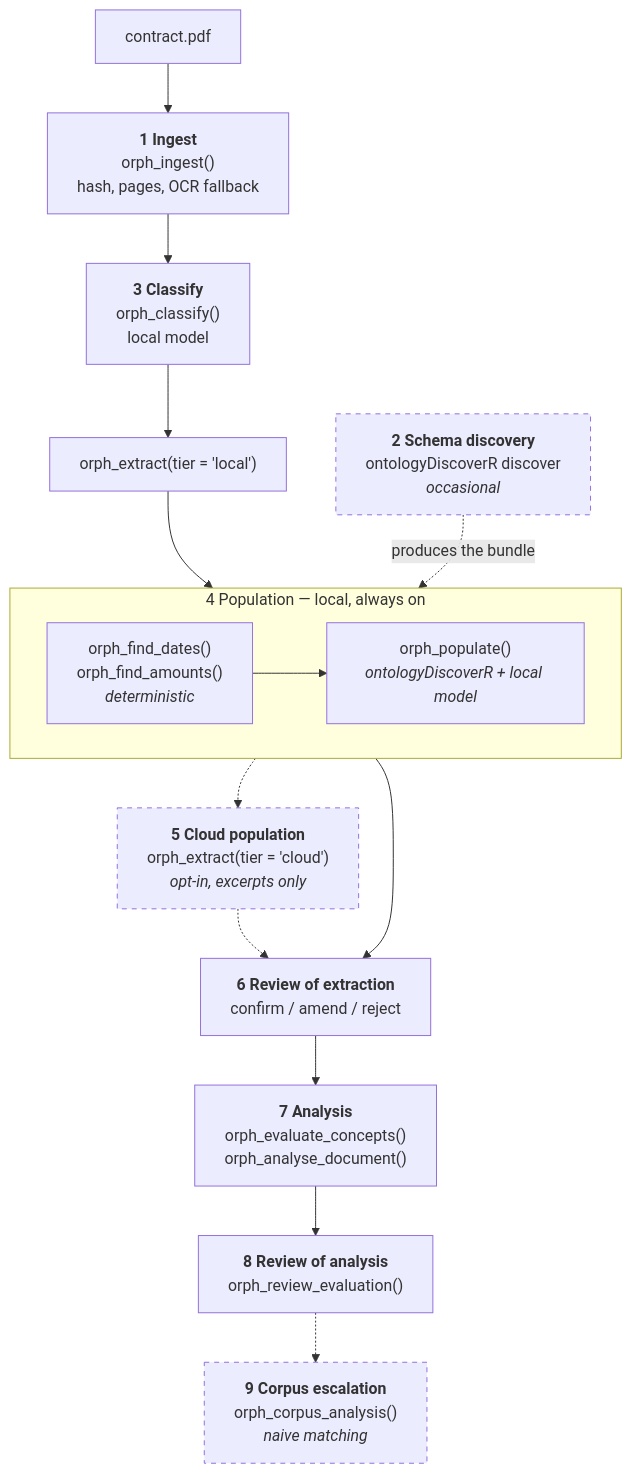
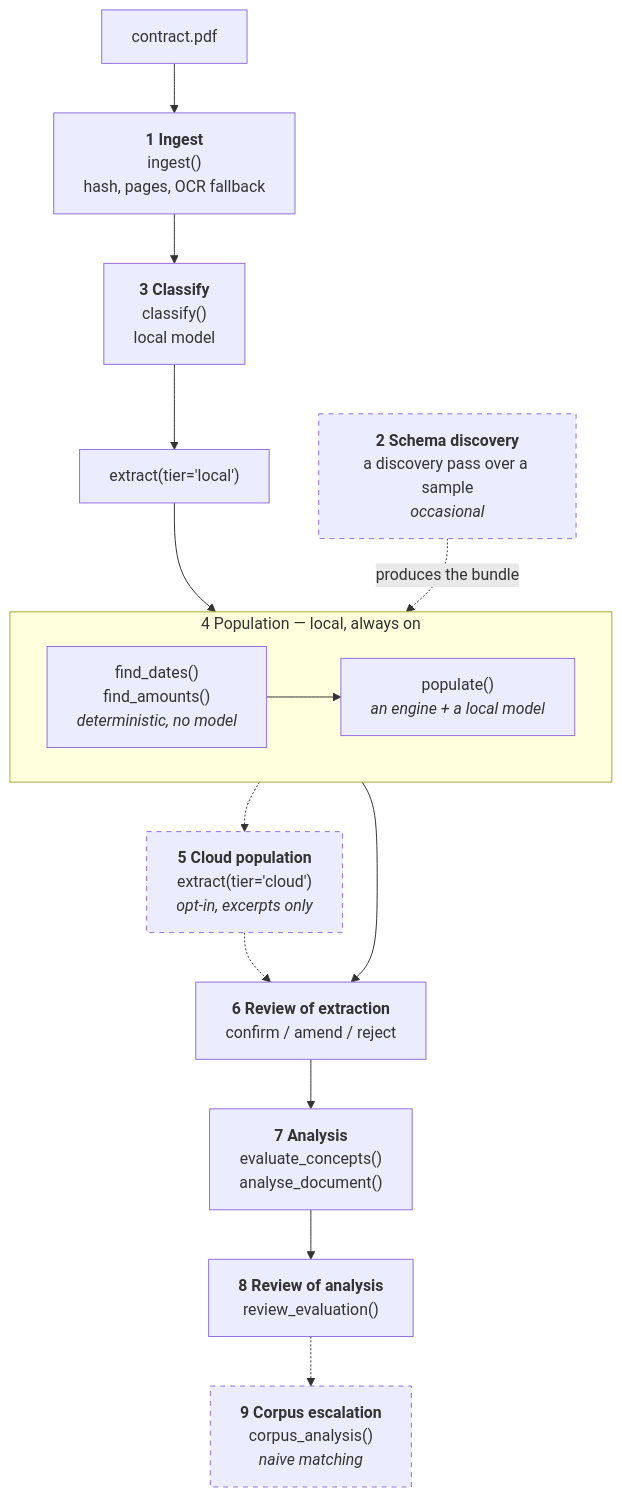
One commit to CathalByrneGit/Orpheus changed the diagram in docs/pipeline-walkthrough.md. Above: the diagram before and after it, drawn with Mermaid. The commit also changed other lines of this file and 18 other files, not shown here.

````diff
--- a/docs/pipeline-walkthrough.md
+++ b/docs/pipeline-walkthrough.md
@@ -8,30 +8,30 @@
 ```mermaid
 flowchart TD
   F["contract.pdf"] --> S1
 
-  S1["<b>1 Ingest</b><br/>orph_ingest()<br/>hash, pages, OCR fallback"]
-  S1 --> S3["<b>3 Classify</b><br/>orph_classify()<br/>local model"]
+  S1["<b>1 Ingest</b><br/>ingest()<br/>hash, pages, OCR fallback"]
+  S1 --> S3["<b>3 Classify</b><br/>classify()<br/>local model"]
   S3 --> S4
 
   subgraph pop["4 Population — local, always on"]
-    S4A["orph_find_dates()<br/>orph_find_amounts()<br/><i>deterministic</i>"]
-    S4B["orph_populate()<br/><i>ontologyDiscoverR + local model</i>"]
+    S4A["find_dates()<br/>find_amounts()<br/><i>deterministic, no model</i>"]
+    S4B["populate()<br/><i>an engine + a local model</i>"]
     S4A --> S4B
   end
-  S4["orph_extract(tier = 'local')"] --> pop
+  S4["extract(tier='local')"] --> pop
   pop --> S6
 
-  S5["<b>5 Cloud population</b><br/>orph_extract(tier = 'cloud')<br/><i>opt-in, excerpts only</i>"]
+  S5["<b>5 Cloud population</b><br/>extract(tier='cloud')<br/><i>opt-in, excerpts only</i>"]
   pop -.-> S5 -.-> S6
 
   S6["<b>6 Review of extraction</b><br/>confirm / amend / reject"]
-  S6 --> S7["<b>7 Analysis</b><br/>orph_evaluate_concepts()<br/>orph_analyse_document()"]
-  S7 --> S8["<b>8 Review of analysis</b><br/>orph_review_evaluation()"]
-  S8 -.-> S9["<b>9 Corpus escalation</b><br/>orph_corpus_analysis()<br/><i>naive matching</i>"]
+  S6 --> S7["<b>7 Analysis</b><br/>evaluate_concepts()<br/>analyse_document()"]
+  S7 --> S8["<b>8 Review of analysis</b><br/>review_evaluation()"]
+  S8 -.-> S9["<b>9 Corpus escalation</b><br/>corpus_analysis()<br/><i>naive matching</i>"]
 
-  S2["<b>2 Schema discovery</b><br/>ontologyDiscoverR discover<br/><i>occasional</i>"] -.->|"produces the bundle"| pop
+  S2["<b>2 Schema discovery</b><br/>a discovery pass over a sample<br/><i>occasional</i>"] -.->|"produces the bundle"| pop
 
   style S5 stroke-dasharray: 5 5
   style S9 stroke-dasharray: 5 5
   style S2 stroke-dasharray: 5 5
 ```
````
